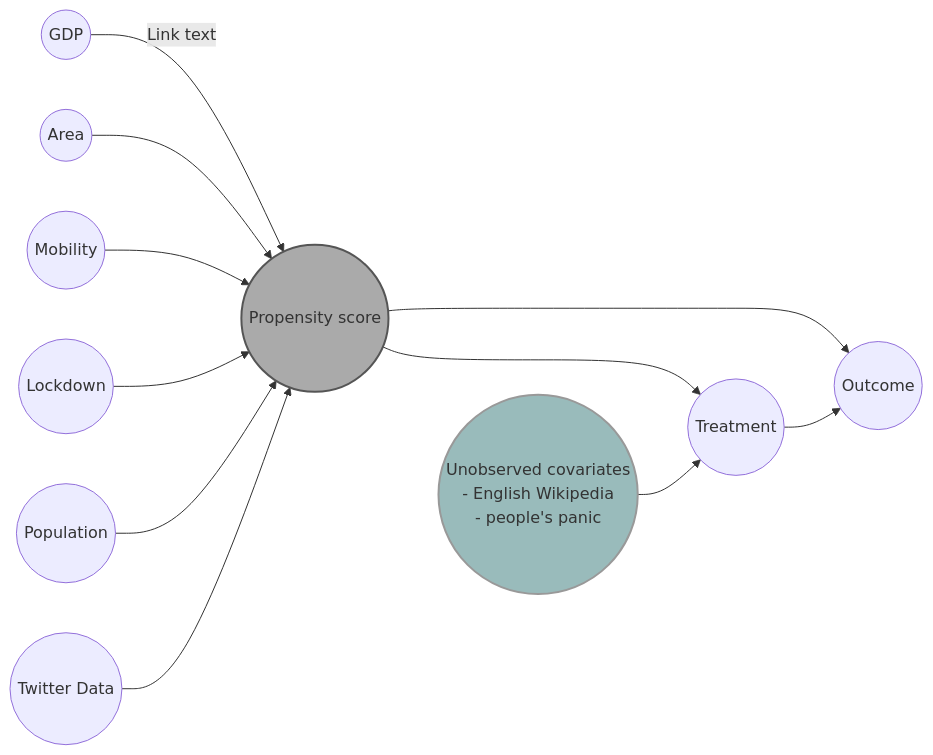
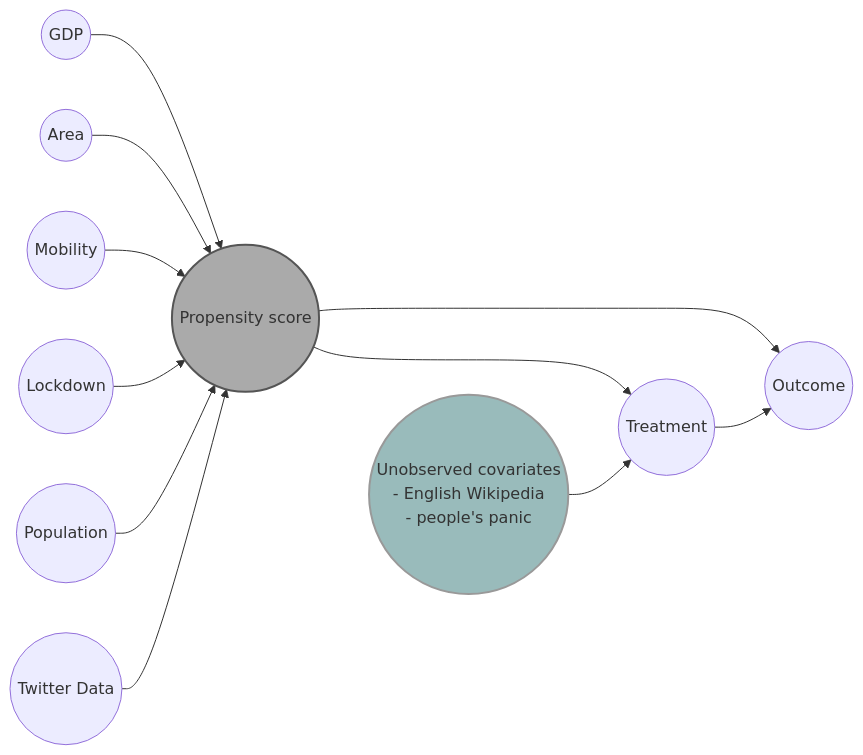
Before and after one commit to RiccardoBrioschi/The-pandemic-through-the-eyes-of-Internet: the diagram in README.md, drawn with Mermaid. The commit also changed other lines of this file, not shown here.

````diff
--- a/README.md
+++ b/README.md
@@ -54,16 +54,16 @@
 ```mermaid
 graph LR
-B((GDP)) -- Link text --> A((Propensity score))
+B((GDP)) --> A((Propensity score))
 C((Area)) --> A
 D((Mobility)) --> A
 E((Lockdown)) --> A
 F((Population)) --> A
 N((Twitter Data)) --> A
 A ---> G((Treatment))
 A --> H((Outcome))
 G -->H
 I((Unobserved covariates <br/>  - English Wikipedia <br/> - people's panic))--> G
 
 style A fill:#aaa,stroke:#555,stroke-width:2px
 style I fill:#9bb,stroke:#999,stroke-width:2px
 ```
````
